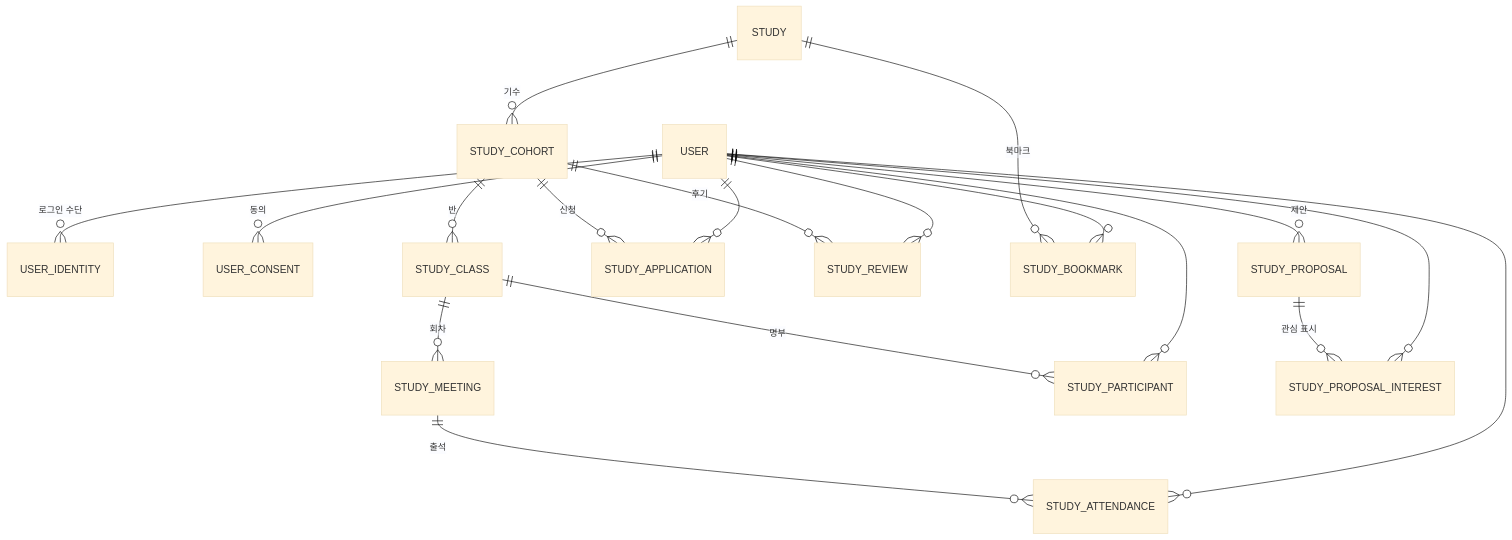
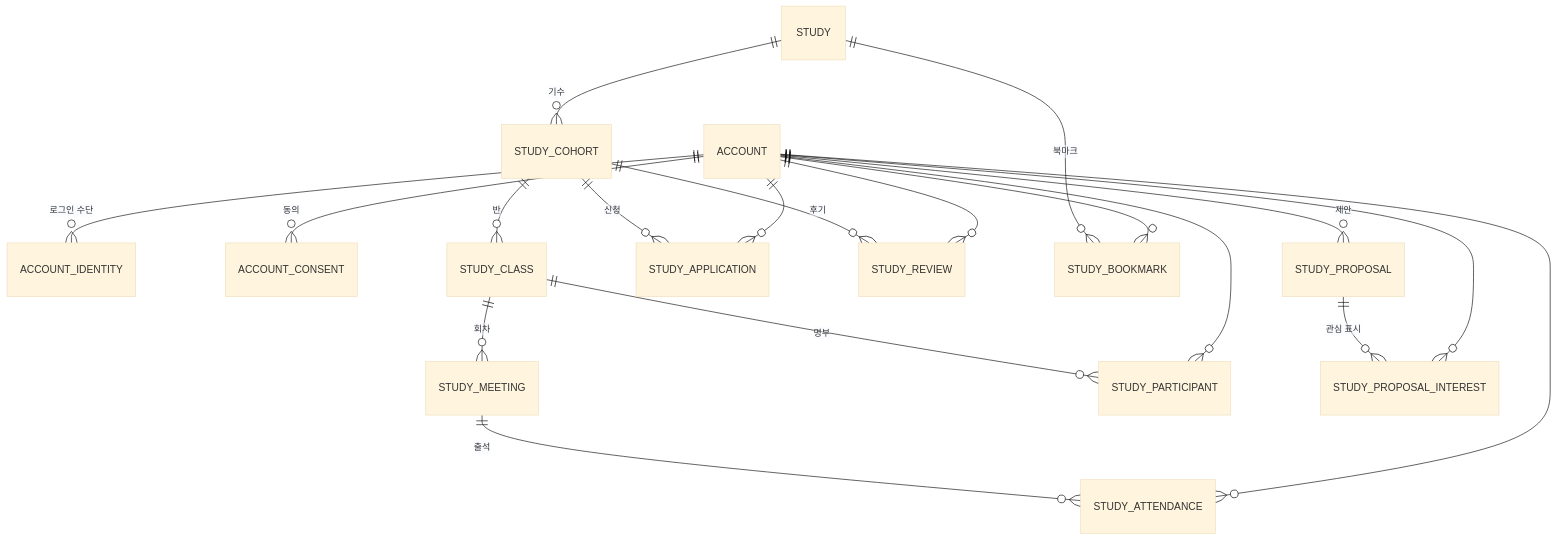
The first of 2 diagrams in docs/erd/README.md (StudyClub-PlusPlus/studyclub-engineering), drawn with Mermaid (base theme) before and after one commit. The commit also changed other lines of this file and 11 other files, not shown here.

````diff
--- a/docs/erd/README.md
+++ b/docs/erd/README.md
@@ -42,21 +42,21 @@
 ```mermaid
 erDiagram
-  USER ||--o{ USER_IDENTITY : "로그인 수단"
-  USER ||--o{ USER_CONSENT : "동의"
+  ACCOUNT ||--o{ ACCOUNT_IDENTITY : "로그인 수단"
+  ACCOUNT ||--o{ ACCOUNT_CONSENT : "동의"
   STUDY ||--o{ STUDY_COHORT : "기수"
   STUDY_COHORT ||--o{ STUDY_CLASS : "반"
   STUDY_CLASS ||--o{ STUDY_MEETING : "회차"
   STUDY_MEETING ||--o{ STUDY_ATTENDANCE : "출석"
-  USER ||--o{ STUDY_ATTENDANCE : ""
+  ACCOUNT ||--o{ STUDY_ATTENDANCE : ""
   STUDY_COHORT ||--o{ STUDY_APPLICATION : "신청"
-  USER ||--o{ STUDY_APPLICATION : ""
+  ACCOUNT ||--o{ STUDY_APPLICATION : ""
   STUDY_CLASS ||--o{ STUDY_PARTICIPANT : "명부"
-  USER ||--o{ STUDY_PARTICIPANT : ""
+  ACCOUNT ||--o{ STUDY_PARTICIPANT : ""
   STUDY_COHORT ||--o{ STUDY_REVIEW : "후기"
-  USER ||--o{ STUDY_REVIEW : ""
+  ACCOUNT ||--o{ STUDY_REVIEW : ""
   STUDY ||--o{ STUDY_BOOKMARK : "북마크"
-  USER ||--o{ STUDY_BOOKMARK : ""
-  USER ||--o{ STUDY_PROPOSAL : "제안"
+  ACCOUNT ||--o{ STUDY_BOOKMARK : ""
+  ACCOUNT ||--o{ STUDY_PROPOSAL : "제안"
   STUDY_PROPOSAL ||--o{ STUDY_PROPOSAL_INTEREST : "관심 표시"
-  USER ||--o{ STUDY_PROPOSAL_INTEREST : ""
+  ACCOUNT ||--o{ STUDY_PROPOSAL_INTEREST : ""
 ```
````
